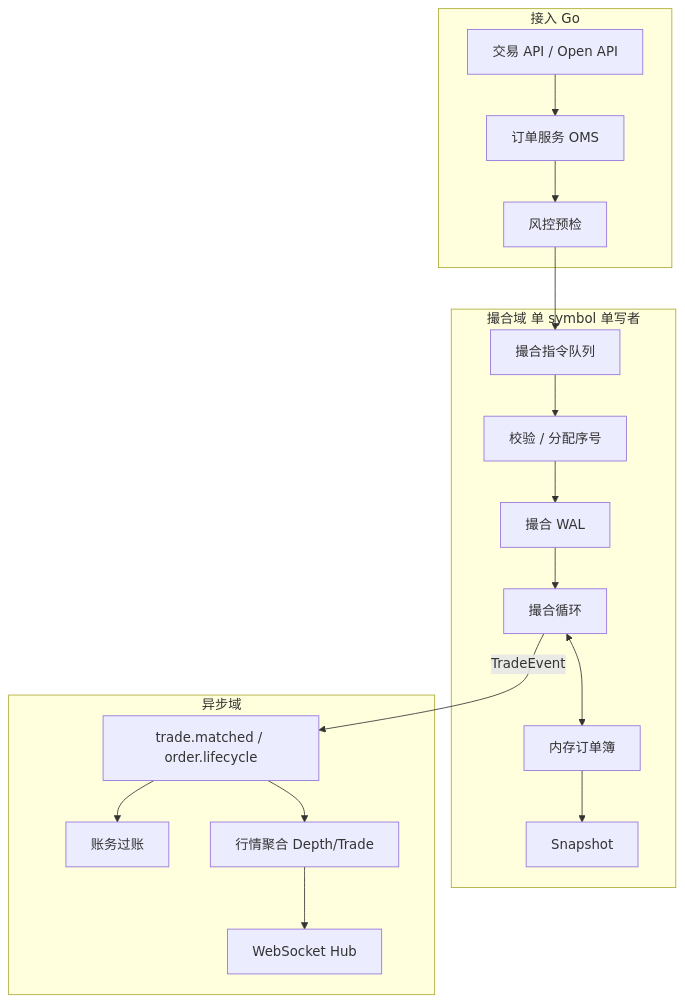
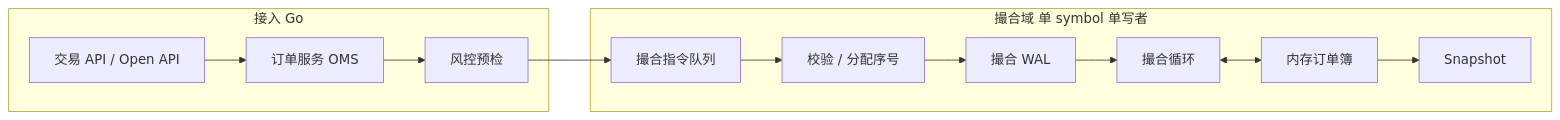
Before and after one commit to twodog-tt/Golang-development-manual: the first of 5 diagrams in docs/interview/14-dex-cex-engineering/S-EXCH-01-cex-matching-engine.md, drawn with Mermaid. The commit also changed 15 other files, not shown here.

Commit message:
feat: add interactive Mermaid viewer

````diff
--- a/docs/interview/14-dex-cex-engineering/S-EXCH-01-cex-matching-engine.md
+++ b/docs/interview/14-dex-cex-engineering/S-EXCH-01-cex-matching-engine.md
@@ -43,29 +45,20 @@
 ```mermaid
-flowchart TB
+flowchart LR
   subgraph Ingress[接入 Go]
     API[交易 API / Open API]
     OMS[订单服务 OMS]
     Risk[风控预检]
   end
   subgraph ME域[撮合域 单 symbol 单写者]
     Q[撮合指令队列]
     Validate[校验 / 分配序号]
     WAL[撮合 WAL]
     OB[内存订单簿]
     Match[撮合循环]
     Snap[Snapshot]
     Q --> Validate --> WAL --> Match
     Match <--> OB
     OB --> Snap
   end
-  subgraph Async[异步域]
-    MQ[trade.matched / order.lifecycle]
-    Ledger[账务过账]
-    MD[行情聚合 Depth/Trade]
-    WS[WebSocket Hub]
-  end
   API --> OMS --> Risk --> Q
-  Match -->|TradeEvent| MQ
-  MQ --> Ledger
-  MQ --> MD --> WS
 ```
````
